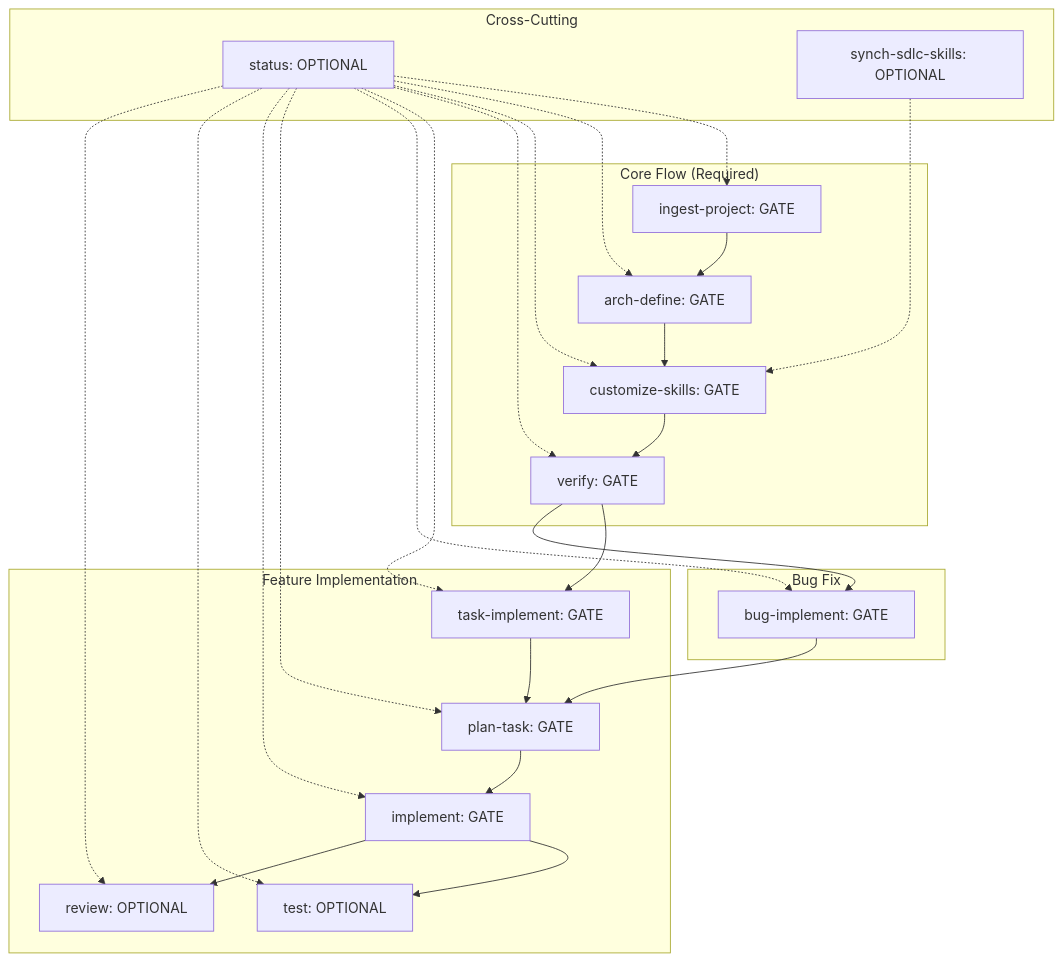
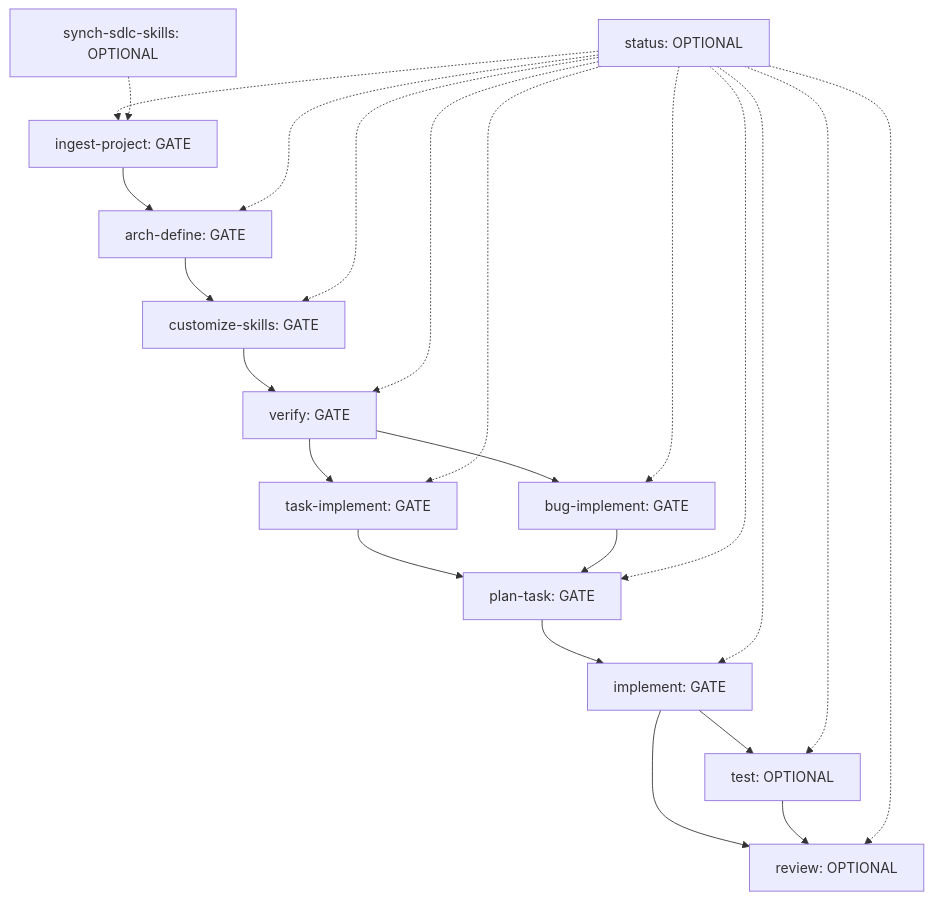
The diagram in docs/FLOW.md (karrot0195/harness-flow-builder), drawn with Mermaid before and after one commit. The commit also changed other lines of this file and 45 other files, not shown here.

````diff
--- a/docs/FLOW.md
+++ b/docs/FLOW.md
@@ -9,36 +11,25 @@
 ```mermaid
 flowchart TD
-    subgraph "Core Flow (Required)"
-        A[ingest-project: GATE] --> B[arch-define: GATE]
-        B --> C[customize-skills: GATE]
-        C --> D[verify: GATE]
-    end
-    
-    subgraph "Feature Implementation"
-        D --> E[task-implement: GATE]
-        E --> F[plan-task: GATE]
-        F --> G[implement: GATE]
-        G --> H[test: OPTIONAL]
-        G --> I[review: OPTIONAL]
-    end
-    
-    subgraph "Bug Fix"
-        D --> J[bug-implement: GATE]
-        J --> F
-    end
-    
-    subgraph "Cross-Cutting"
-        K[status: OPTIONAL] -.-> A
-        K -.-> B
-        K -.-> C
-        K -.-> D
-        K -.-> E
-        K -.-> J
-        K -.-> F
-        K -.-> G
-        K -.-> H
-        K -.-> I
-        
-        L[synch-sdlc-skills: OPTIONAL] -.-> C
-    end
+    A[ingest-project: GATE] --> B[arch-define: GATE]
+    B --> C[customize-skills: GATE]
+    C --> D[verify: GATE]
+    D --> E[task-implement: GATE]
+    D --> F[bug-implement: GATE]
+    E --> G[plan-task: GATE]
+    F --> G
+    G --> H[implement: GATE]
+    H --> I[test: OPTIONAL]
+    H --> J[review: OPTIONAL]
+    I --> J
+    K[status: OPTIONAL] -.-> A
+    K -.-> B
+    K -.-> C
+    K -.-> D
+    K -.-> E
+    K -.-> F
+    K -.-> G
+    K -.-> H
+    K -.-> I
+    K -.-> J
+    L[synch-sdlc-skills: OPTIONAL] -.-> A
 ```
````
